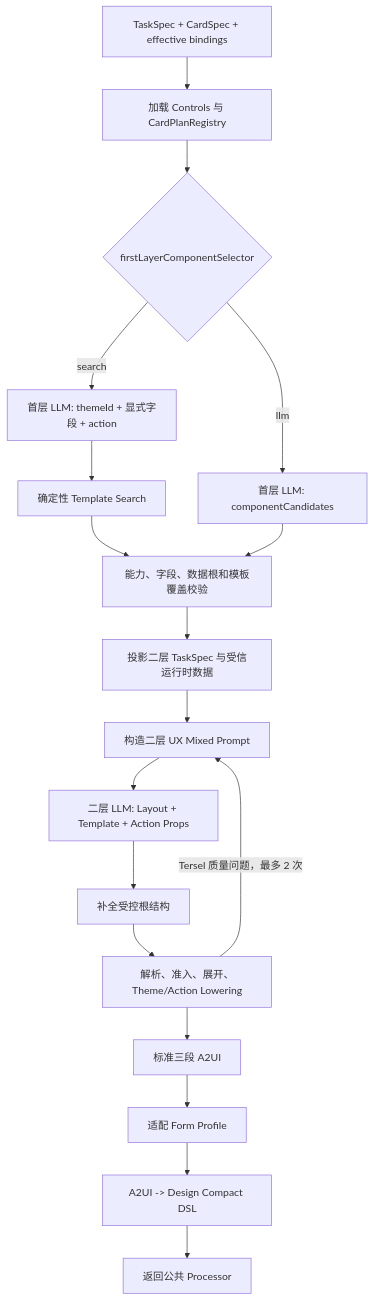
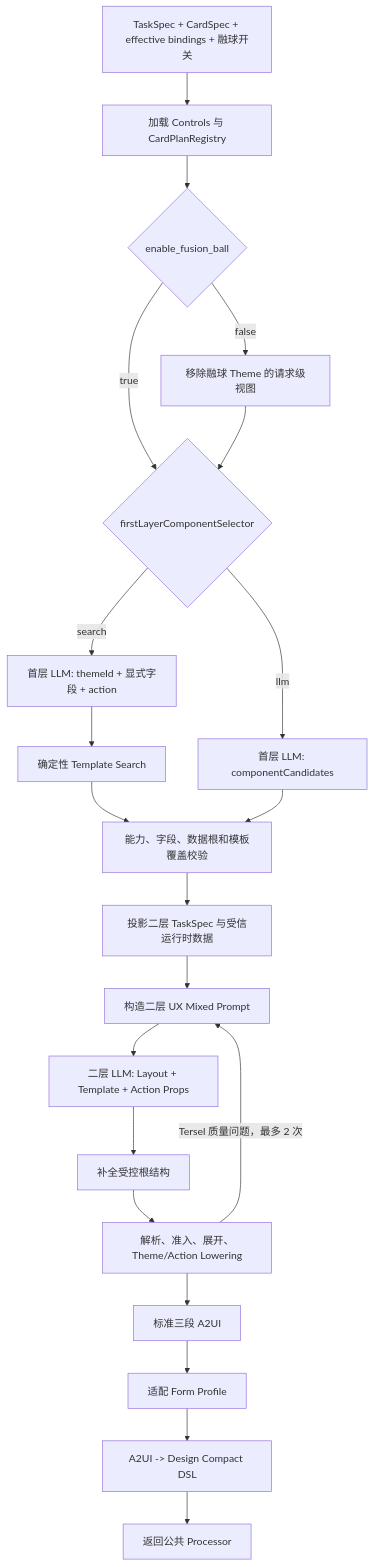
Before and after one commit to InnovationTea/CreateMyCard: the second of 2 diagrams in widget_service/cloud/services/template_generation/docs/architecture.md, drawn with Mermaid. The commit also changed other lines of this file and 21 other files, not shown here.

First line of the commit message:
feat(template): gate FusionBall cloud expansion

````diff
--- a/widget_service/cloud/services/template_generation/docs/architecture.md
+++ b/widget_service/cloud/services/template_generation/docs/architecture.md
@@ -61,20 +61,23 @@
 ```mermaid
 flowchart TD
-    IN[TaskSpec + CardSpec + effective bindings] --> LOAD[加载 Controls 与 CardPlanRegistry]
-    LOAD --> SELECTOR{firstLayerComponentSelector}
+    IN[TaskSpec + CardSpec + effective bindings + 融球开关] --> LOAD[加载 Controls 与 CardPlanRegistry]
+    LOAD --> FUSION{enable_fusion_ball}
+    FUSION -->|false| FILTER[移除融球 Theme 的请求级视图]
+    FUSION -->|true| SELECTOR{firstLayerComponentSelector}
+    FILTER --> SELECTOR
     SELECTOR -->|search| MARK[首层 LLM: themeId + 显式字段 + action]
     MARK --> SEARCH[确定性 Template Search]
     SELECTOR -->|llm| LEGACY[首层 LLM: componentCandidates]
     SEARCH --> COVER[能力、字段、数据根和模板覆盖校验]
     LEGACY --> COVER
     COVER --> PROJECT[投影二层 TaskSpec 与受信运行时数据]
     PROJECT --> PROMPT[构造二层 UX Mixed Prompt]
     PROMPT --> BODY[二层 LLM: Layout + Template + Action Props]
     BODY --> FRAME[补全受控根结构]
     FRAME --> COMPILE[解析、准入、展开、Theme/Action Lowering]
     COMPILE -->|Tersel 质量问题，最多 2 次| PROMPT
     COMPILE --> A2UI[标准三段 A2UI]
     A2UI --> ADAPT[适配 Form Profile]
     ADAPT --> ROUNDTRIP[A2UI -> Design Compact DSL]
     ROUNDTRIP --> OUT[返回公共 Processor]
 ```
````
